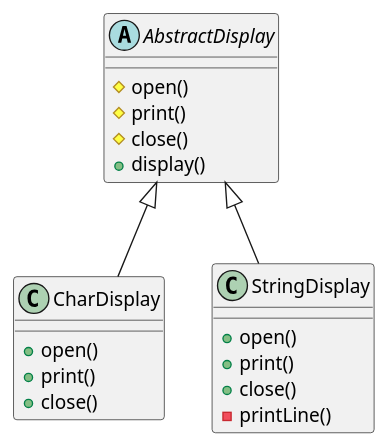
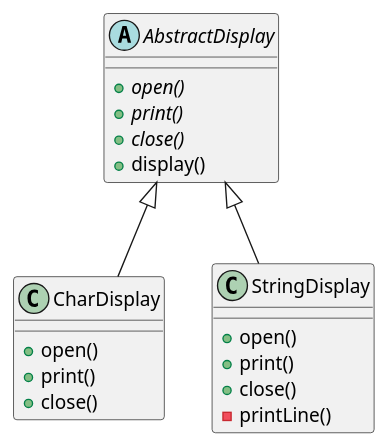
Before and after one commit to jsyang-dev/study-designpattern: the diagram in src/me/study/pattern/templatemethod/TemplateMethodExample.puml, drawn with PlantUML. The commit also changed 7 other files, not shown here.

First line of the commit message:
기능: 클래스 다이어그램 수정

```diff
--- a/src/me/study/pattern/templatemethod/TemplateMethodExample.puml
+++ b/src/me/study/pattern/templatemethod/TemplateMethodExample.puml
@@ -1,24 +1,24 @@
 @startuml
 
 abstract class AbstractDisplay {
-    #open()
-    #print()
-    #close()
+    +{abstract} open()
+    +{abstract} print()
+    +{abstract} close()
     +display()
 }
 class CharDisplay {
     +open()
     +print()
     +close()
 }
 class StringDisplay {
     +open()
     +print()
     +close()
     -printLine()
 }
 
-AbstractDisplay <|--CharDisplay
-AbstractDisplay <|--StringDisplay
+AbstractDisplay <|-- CharDisplay
+AbstractDisplay <|-- StringDisplay
 
 @enduml
```
